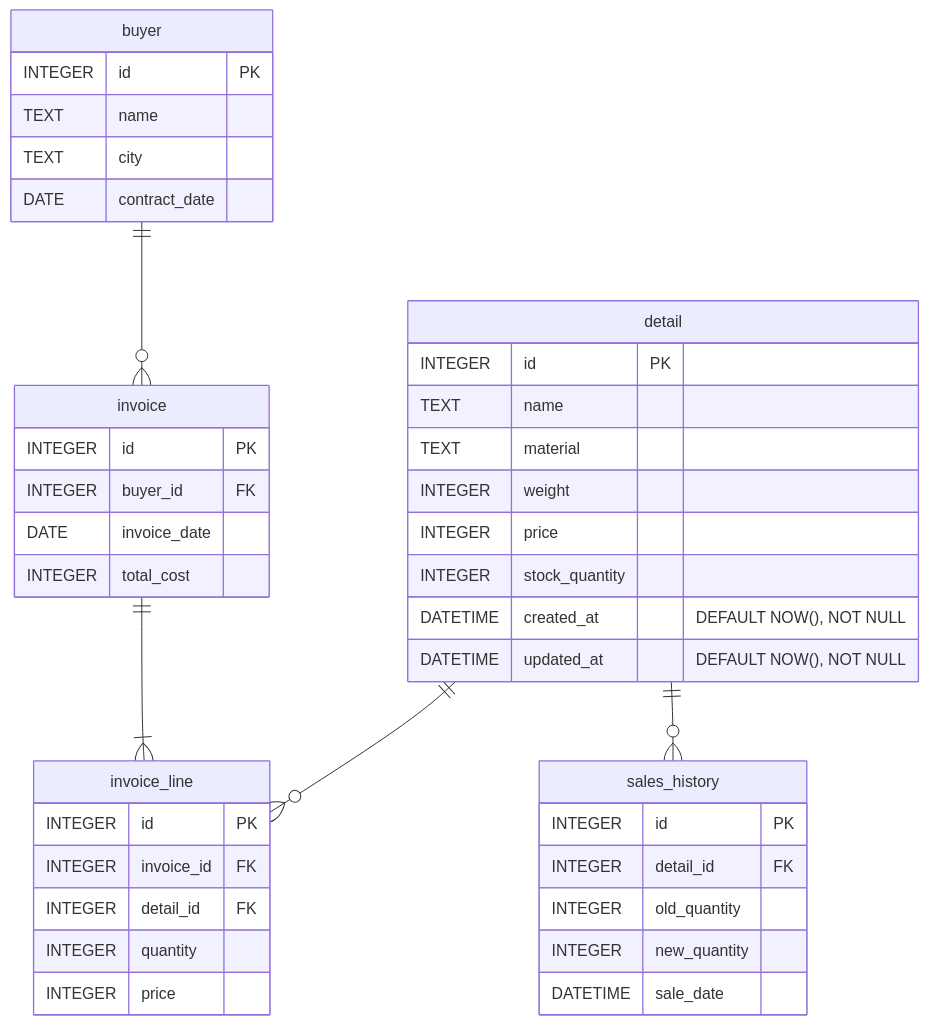
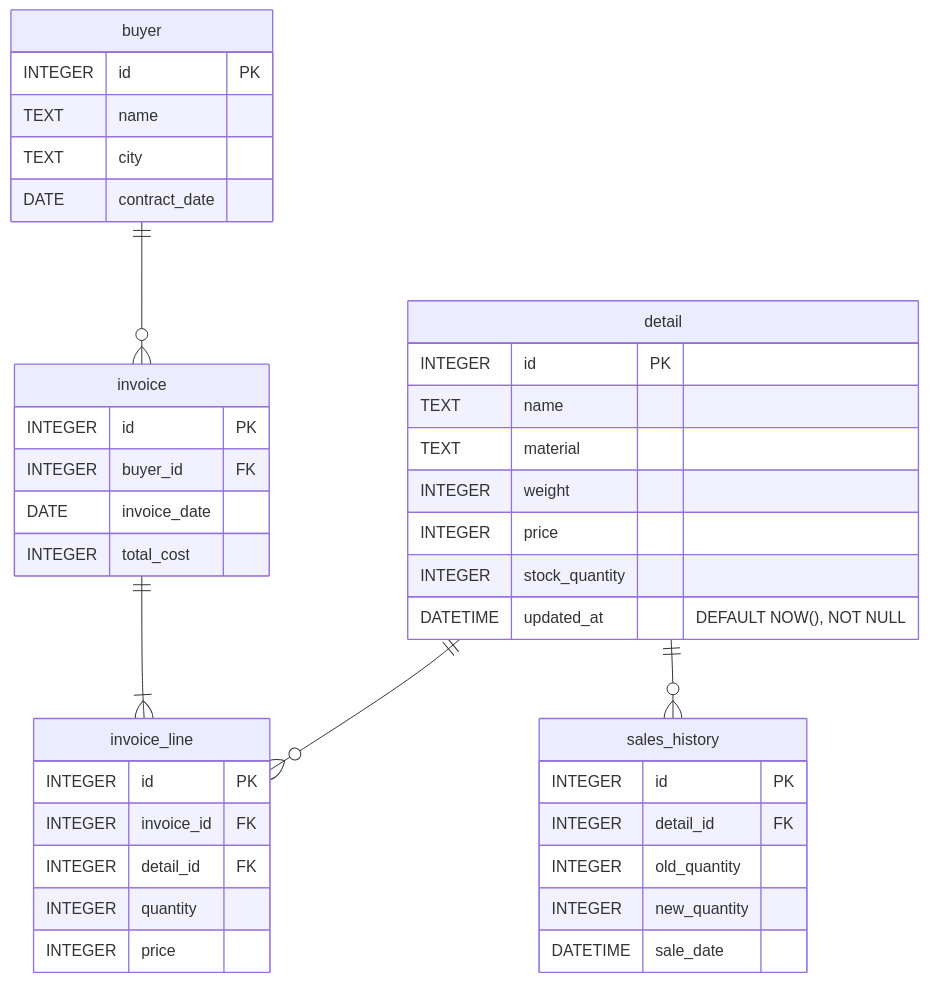
Before and after one commit to KEI3AB/database_university_course: the diagram in homework/normalized/relations.md, drawn with Mermaid. The commit also changed 1 other file, not shown here.

Commit message:
Написал скрипт инициализации БД.

````diff
--- a/homework/normalized/relations.md
+++ b/homework/normalized/relations.md
@@ -1,51 +1,50 @@
 ```mermaid
 erDiagram
     detail {
         INTEGER id PK
         TEXT name
         TEXT material
         INTEGER weight
         INTEGER price
         INTEGER stock_quantity
 
-        DATETIME created_at "DEFAULT NOW(), NOT NULL"
         DATETIME updated_at "DEFAULT NOW(), NOT NULL"
     }
 
     buyer {
         INTEGER id PK
         TEXT name
         TEXT city
         DATE contract_date
     }
 
     invoice {
         INTEGER id PK
         INTEGER buyer_id FK
         DATE invoice_date
         INTEGER total_cost
     }
 
     invoice_line {
         INTEGER id PK
         INTEGER invoice_id FK
         INTEGER detail_id FK
         INTEGER quantity
         INTEGER price
     }
 
     sales_history {
         INTEGER id PK
         INTEGER detail_id FK
         INTEGER old_quantity
         INTEGER new_quantity
         DATETIME sale_date
     }
 
     buyer ||--o{ invoice: ""
 
     invoice ||--|{ invoice_line: ""
 
     detail ||--o{ invoice_line: ""
     detail ||--o{ sales_history: ""
 ```
````
